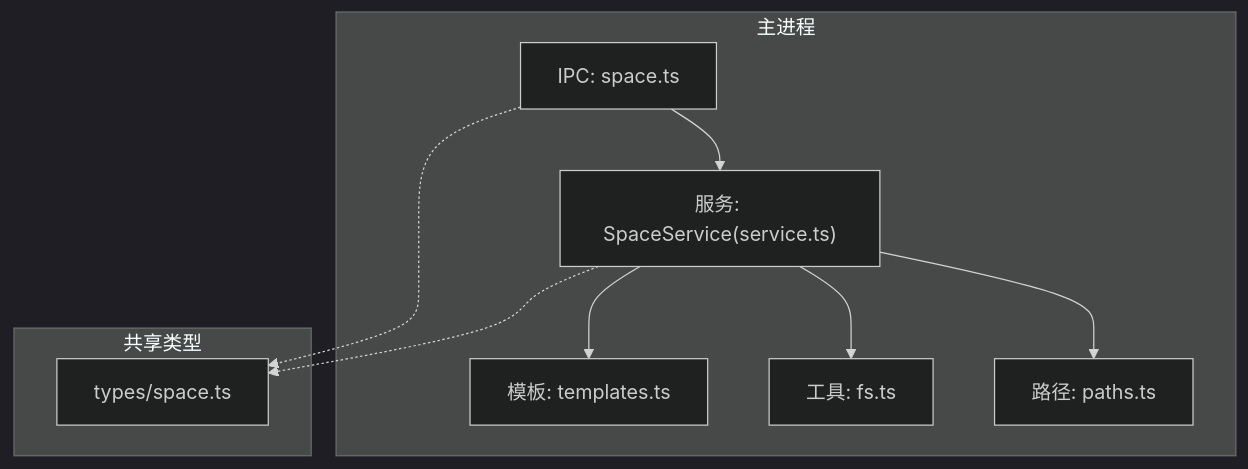
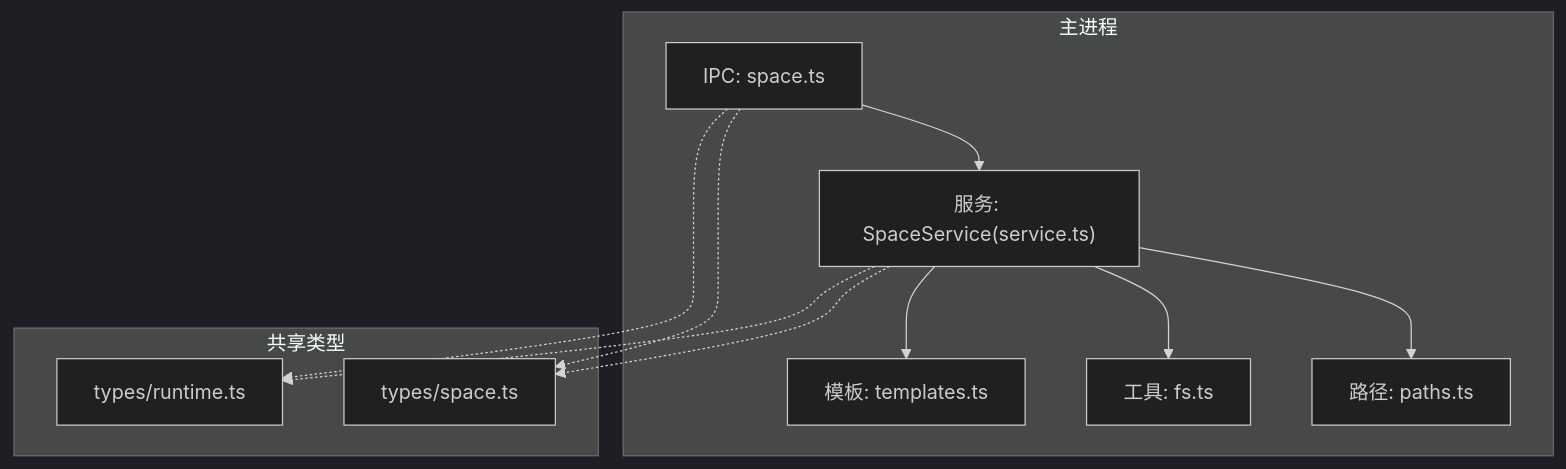
The first of 7 diagrams in .qoder/repowiki/zh/content/架构设计/服务层架构/Space 服务（项目空间）.md (hozeeee/script-box), drawn with Mermaid (dark theme) before and after one commit. The commit also changed other lines of this file and 8 other files, not shown here.

````diff
--- a/.qoder/repowiki/zh/content/架构设计/服务层架构/Space 服务（项目空间）.md
+++ b/.qoder/repowiki/zh/content/架构设计/服务层架构/Space 服务（项目空间）.md
@@ -42,14 +51,17 @@
 ```mermaid
 graph TB
 subgraph "主进程"
 A["IPC: space.ts"] --> B["服务: SpaceService(service.ts)"]
 B --> C["路径: paths.ts"]
 B --> D["工具: fs.ts"]
 B --> E["模板: templates.ts"]
 end
 subgraph "共享类型"
 F["types/space.ts"]
+G["types/runtime.ts"]
 end
 A -.-> F
+A -.-> G
 B -.-> F
+B -.-> G
 ```
````
